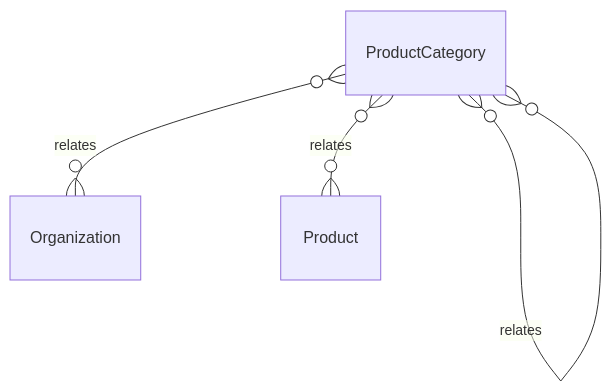
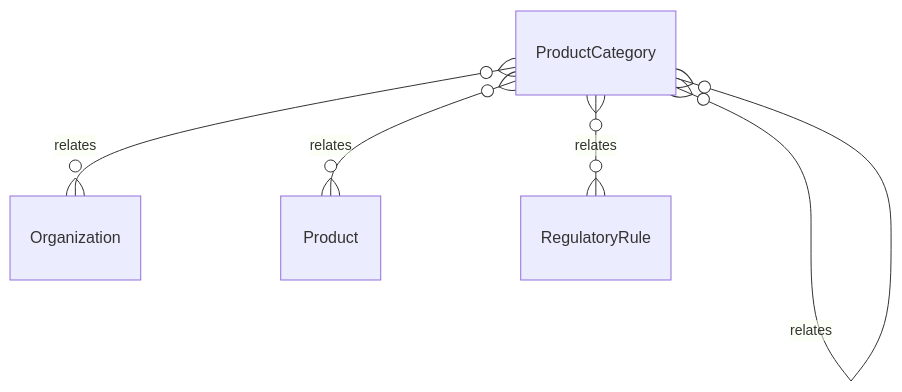
Before and after one commit to tejasnirala/rcln: the diagram in .kb/Database/ProductCategory.md, drawn with Mermaid. The commit also changed other lines of this file and 117 other files, not shown here.

````diff
--- a/.kb/Database/ProductCategory.md
+++ b/.kb/Database/ProductCategory.md
@@ -49,6 +50,7 @@
 ```mermaid
 erDiagram
     ProductCategory }o--o{ Organization : relates
     ProductCategory }o--o{ ProductCategory : relates
     ProductCategory }o--o{ Product : relates
+    ProductCategory }o--o{ RegulatoryRule : relates
 ```
````
